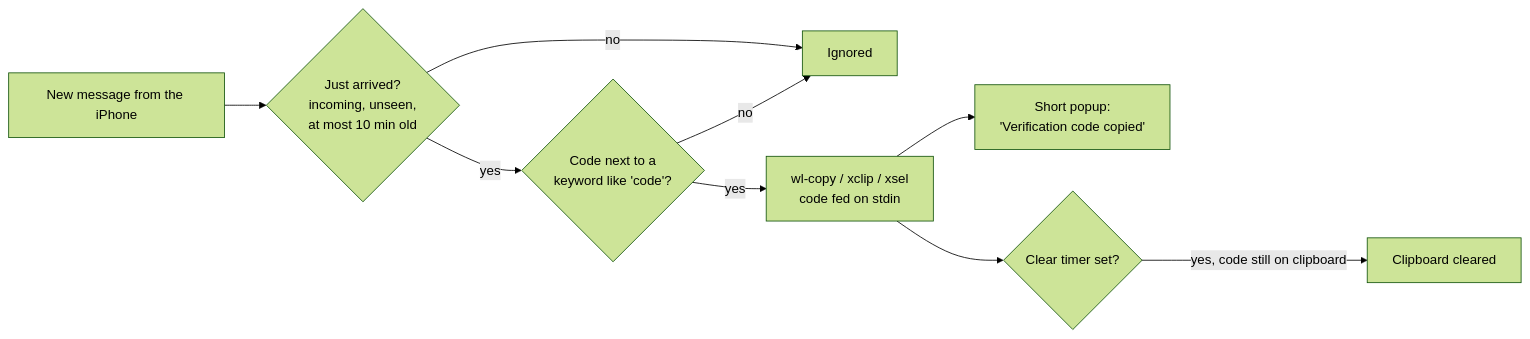
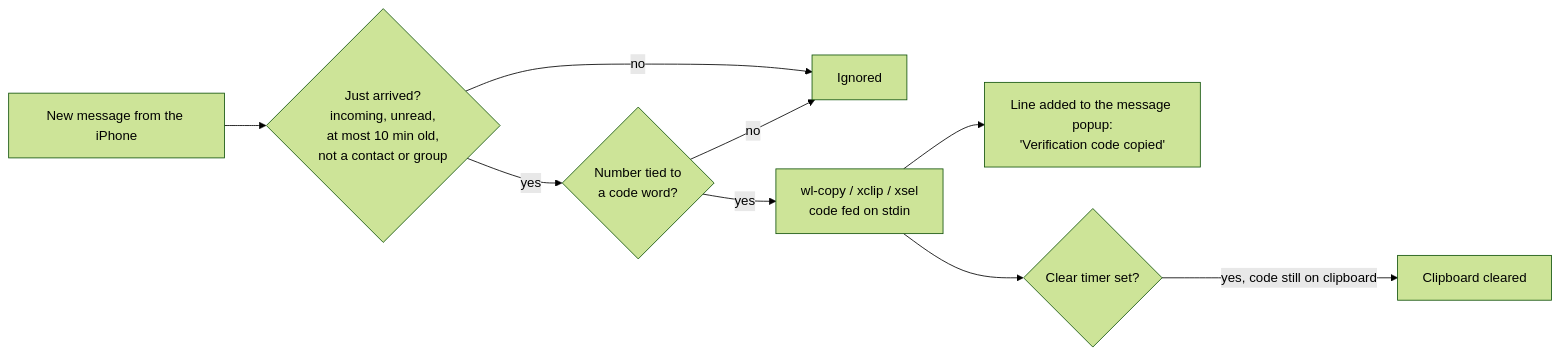
Before and after one commit to erikwb/blueferry: the diagram in docs/en/user/otp-autocopy.md, drawn with Mermaid (forest theme). The commit also changed other lines of this file and 6 other files, not shown here.

First line of the commit message:
Document the stricter code rules, sender filters and popup line

````diff
--- a/docs/en/user/otp-autocopy.md
+++ b/docs/en/user/otp-autocopy.md
@@ -13,11 +13,11 @@
 ```mermaid
 flowchart LR
-    A[New message from the iPhone] --> B{Just arrived?<br/>incoming, unseen,<br/>at most 10 min old}
+    A[New message from the iPhone] --> B{Just arrived?<br/>incoming, unread,<br/>at most 10 min old,<br/>not a contact or group}
     B -- no --> X[Ignored]
-    B -- yes --> C{Code next to a<br/>keyword like 'code'?}
+    B -- yes --> C{Number tied to<br/>a code word?}
     C -- no --> X
     C -- yes --> D[wl-copy / xclip / xsel<br/>code fed on stdin]
-    D --> E[Short popup:<br/>'Verification code copied']
+    D --> E[Line added to the message popup:<br/>'Verification code copied']
     D --> F{Clear timer set?}
     F -- yes, code still on clipboard --> G[Clipboard cleared]
 ```
````
